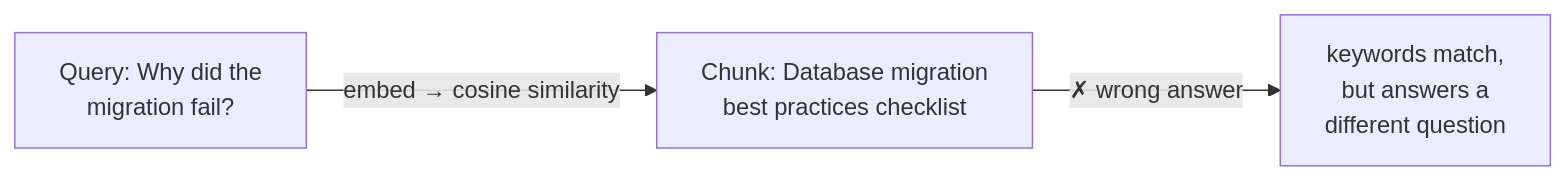
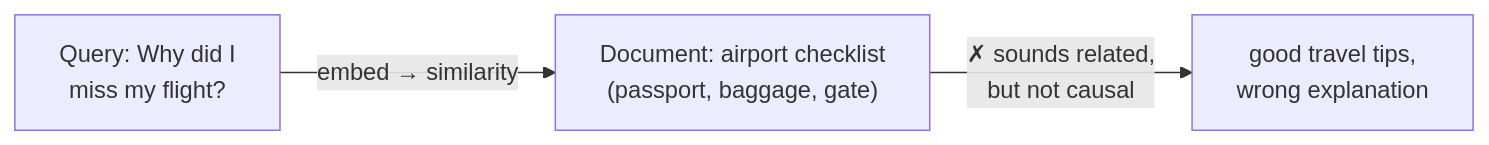
One commit to alexzhu0/m_flow changed the first of 4 diagrams in README.md. Above: the diagram before and after it, drawn with Mermaid. The commit also changed other lines of this file, not shown here.

````diff
--- a/README.md
+++ b/README.md
@@ -39,5 +41,5 @@
 ```mermaid
 flowchart LR
-    Q["Query: Why did the\nmigration fail?"] -->|"embed → cosine similarity"| C1["Chunk: Database migration\nbest practices checklist"]
-    C1 -->|"✗ wrong answer"| R["keywords match,\nbut answers a\ndifferent question"]
+    Q["Query: Why did I\nmiss my flight?"] -->|"embed → similarity"| C1["Document: airport checklist\n(passport, baggage, gate)"]
+    C1 -->|"✗ sounds related,\nbut not causal"| R["good travel tips,\nwrong explanation"]
 ```
````
